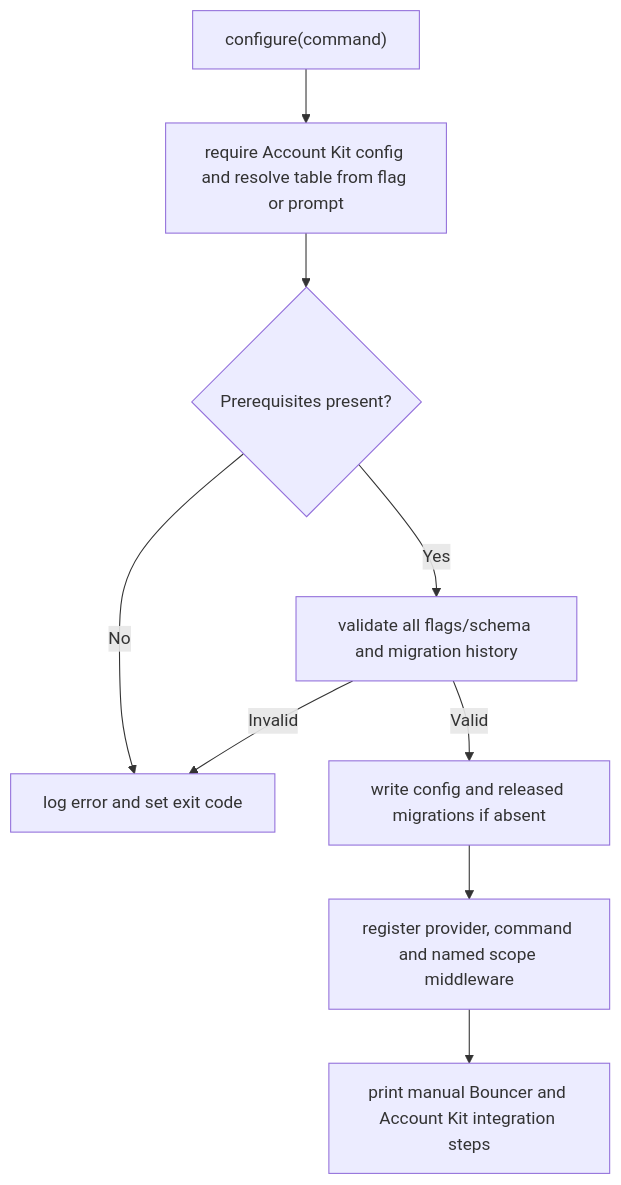
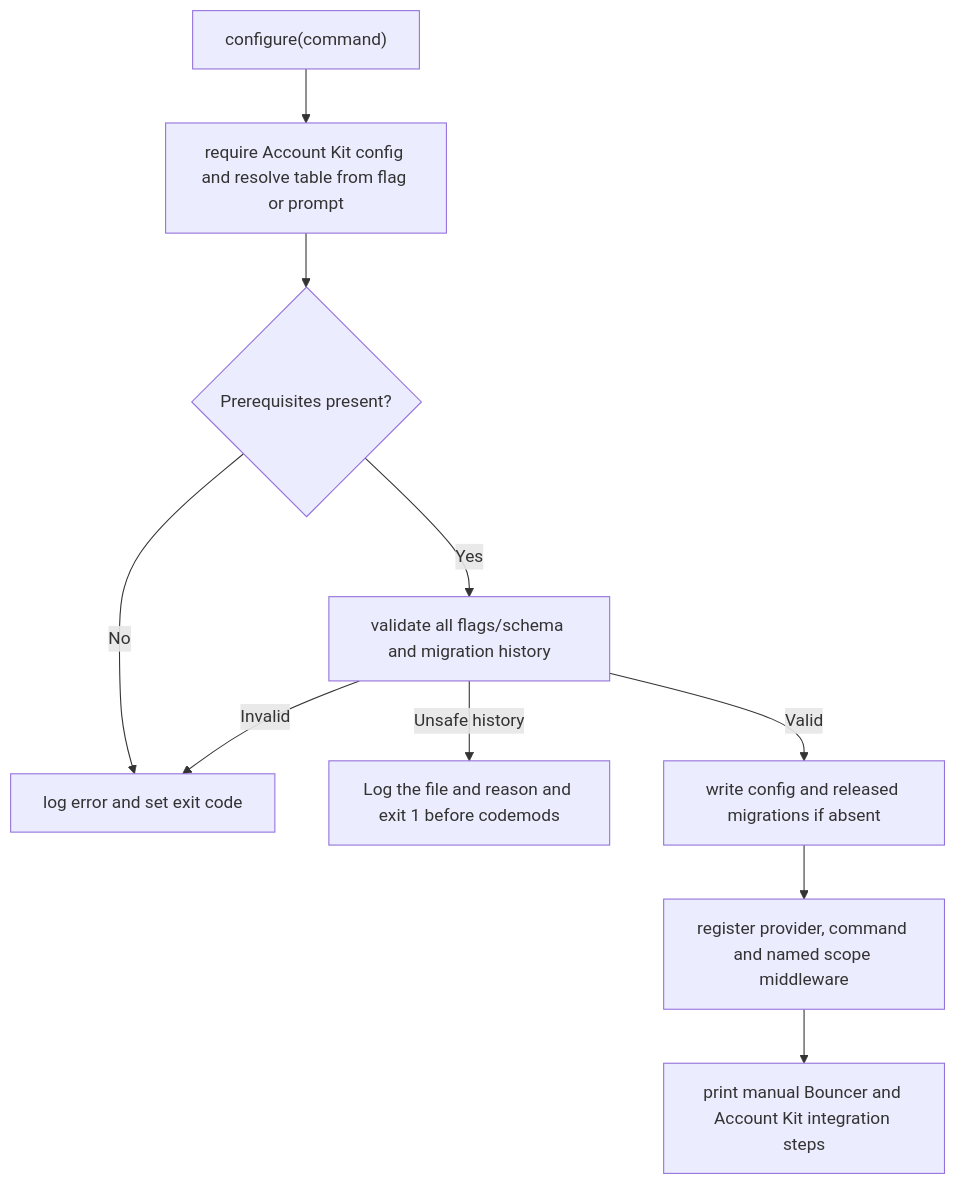
Before and after one commit to Kevinjohn/oss-adonisjs-access-control: the second of 2 diagrams in user-stories/US-ACCESS-14-configure-access-control.md, drawn with Mermaid. The commit also changed other lines of this file and 25 other files, not shown here.

````diff
--- a/user-stories/US-ACCESS-14-configure-access-control.md
+++ b/user-stories/US-ACCESS-14-configure-access-control.md
@@ -32,11 +34,12 @@
 ```mermaid
 flowchart TD
     A["configure(command)"] --> B["require Account Kit config and resolve table from flag or prompt"]
     B --> C{"Prerequisites present?"}
     C -->|No| D["log error and set exit code"]
     C -->|Yes| H["validate all flags/schema and migration history"]
     H -->|Invalid| D
+    H -->|Unsafe history| X["Log the file and reason and exit 1 before codemods"]
     H -->|Valid| E["write config and released migrations if absent"]
     E --> F["register provider, command and named scope middleware"]
     F --> G["print manual Bouncer and Account Kit integration steps"]
 ```
````
